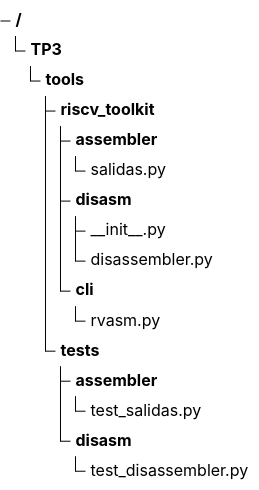
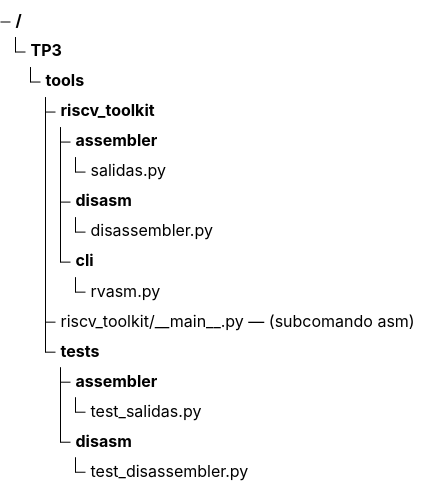
One commit to nicopinera/tps-arqui changed the ninth of 47 diagrams in docs/PRD-pipeline-riscv.md. Above: the diagram before and after it, drawn with Mermaid (forest theme). The commit also changed other lines of this file and 32 other files, not shown here.

````diff
--- a/docs/PRD-pipeline-riscv.md
+++ b/docs/PRD-pipeline-riscv.md
@@ -742,18 +780,18 @@
 ```mermaid
 treeView-beta
     "TP3/"
         "tools/"
             "riscv_toolkit/"
                 "assembler/"
                     "salidas.py"
                 "disasm/"
-                    "__init__.py"
                     "disassembler.py"
                 "cli/"
                     "rvasm.py"
+            "riscv_toolkit/__main__.py — (subcomando asm)"
             "tests/"
                 "assembler/"
                     "test_salidas.py"
                 "disasm/"
                     "test_disassembler.py"
 ```
````
